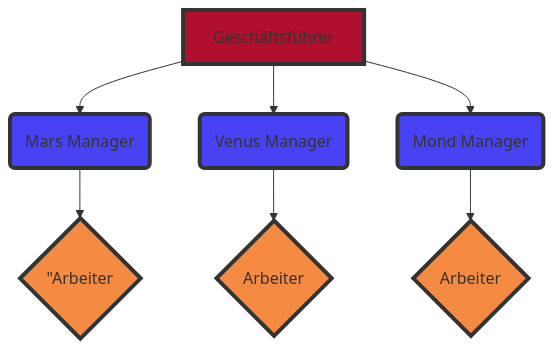
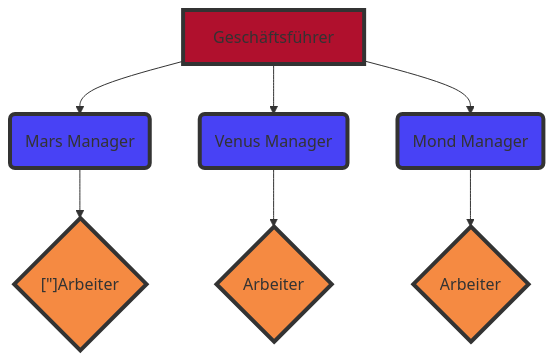
The diagram in Geltungsbereich.md (Team6IT26A/LF4), drawn with Mermaid before and after one commit.

````diff
--- a/Geltungsbereich.md
+++ b/Geltungsbereich.md
@@ -4,20 +4,20 @@
 ```mermaid
 graph TB
     A[Geschäftsführer]
     A --> B(Mars Manager)
     A --> C(Venus Manager)
     A --> D(Mond Manager)
-    E{"#quot;Arbeiter"}
+    E{"[&quot;]Arbeiter"}
     F{Arbeiter}
     G{Arbeiter}
     B --> E
     C --> F
     D --> G
 
     classDef red fill:#b0102d,stroke:#333,stroke-width:4px;
     classDef blue fill:#4842f5,stroke:#333,stroke-width:4px;
     classDef orange fill:#f58a42,stroke:#333,stroke-width:4px;
     class A red
     class B,C,D blue
     class E,F,G orange
 ```
````
